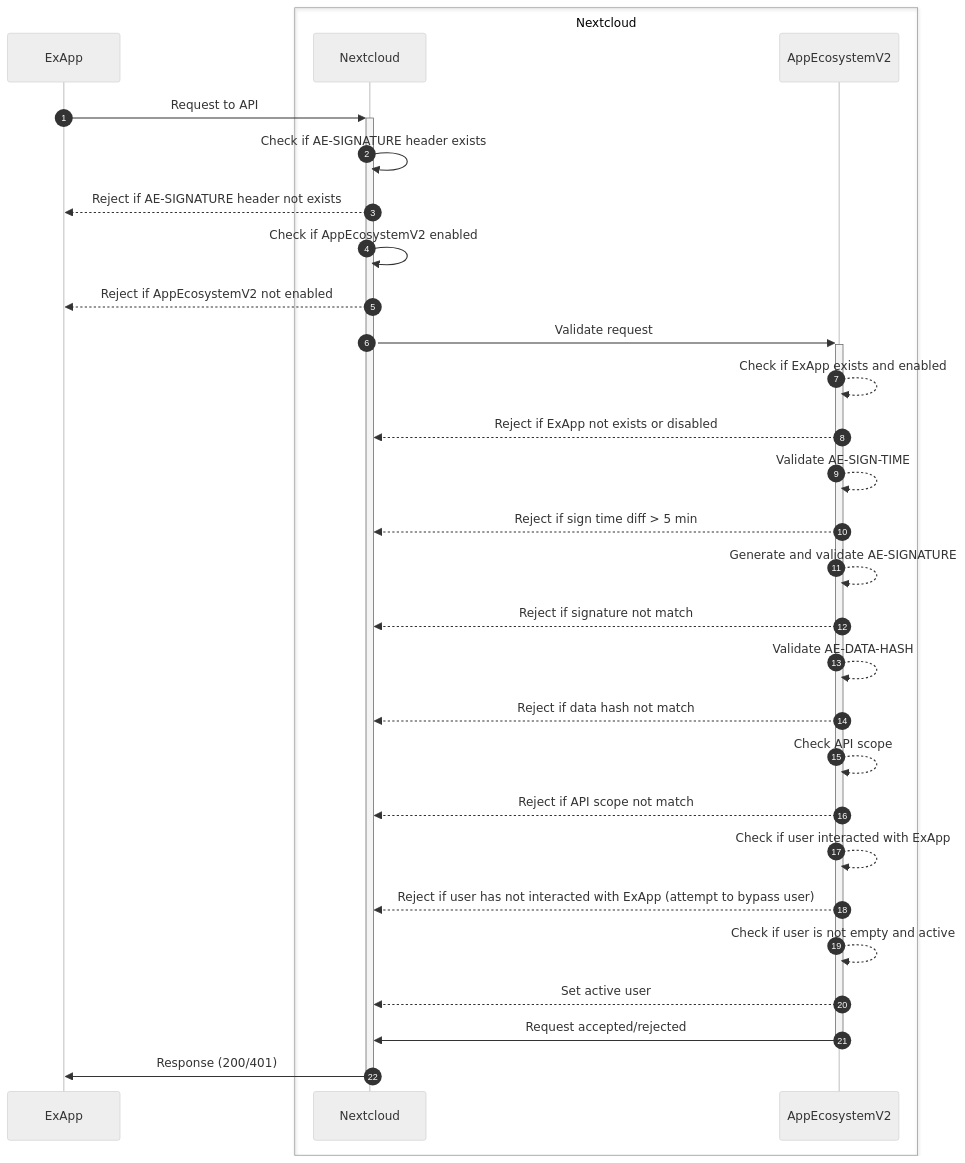
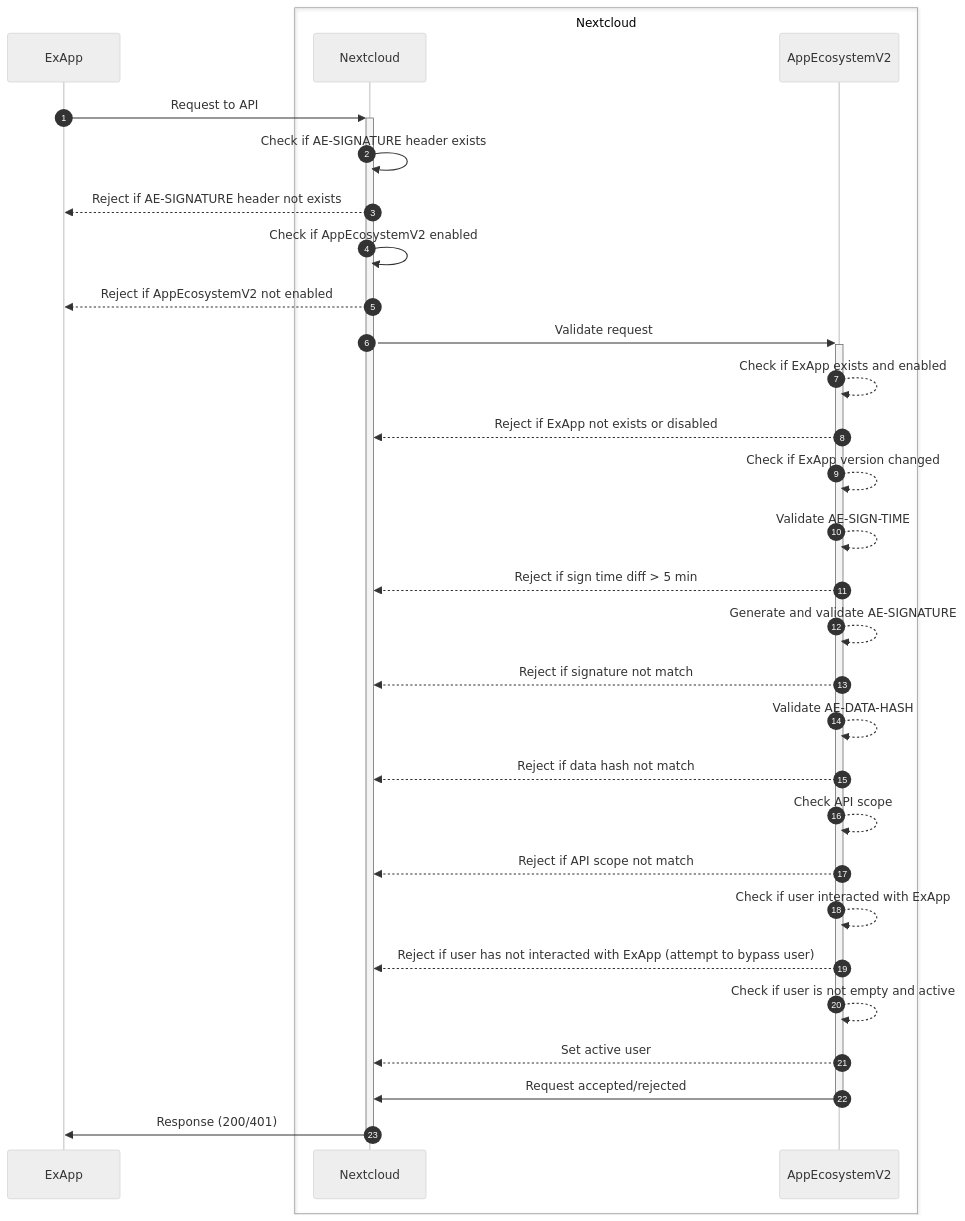
Before and after one commit to nextcloud/app_api: the second of 2 diagrams in docs/authentication.rst, drawn with Mermaid (neutral theme). The commit also changed 2 other files, not shown here.

Commit message:
ExApp version check draft

```diff
--- a/docs/authentication.rst
+++ b/docs/authentication.rst
@@ -84,32 +84,33 @@
 .. mermaid::
 	:zoom:
 
 	sequenceDiagram
 		autonumber
 		participant ExApp
 		box Nextcloud
 			participant Nextcloud
 			participant AppEcosystemV2
 		end
 		ExApp->>+Nextcloud: Request to API
 		Nextcloud->>Nextcloud: Check if AE-SIGNATURE header exists
 		Nextcloud-->>ExApp: Reject if AE-SIGNATURE header not exists
 		Nextcloud->>Nextcloud: Check if AppEcosystemV2 enabled
 		Nextcloud-->>ExApp: Reject if AppEcosystemV2 not enabled
 		Nextcloud->>+AppEcosystemV2: Validate request
 		AppEcosystemV2-->>AppEcosystemV2: Check if ExApp exists and enabled
 		AppEcosystemV2-->>Nextcloud: Reject if ExApp not exists or disabled
+		AppEcosystemV2-->>AppEcosystemV2: Check if ExApp version changed
 		AppEcosystemV2-->>AppEcosystemV2: Validate AE-SIGN-TIME
 		AppEcosystemV2-->>Nextcloud: Reject if sign time diff > 5 min
 		AppEcosystemV2-->>AppEcosystemV2: Generate and validate AE-SIGNATURE
 		AppEcosystemV2-->>Nextcloud: Reject if signature not match
 		AppEcosystemV2-->>AppEcosystemV2: Validate AE-DATA-HASH
 		AppEcosystemV2-->>Nextcloud: Reject if data hash not match
 		AppEcosystemV2-->>AppEcosystemV2: Check API scope
 		AppEcosystemV2-->>Nextcloud: Reject if API scope not match
 		AppEcosystemV2-->>AppEcosystemV2: Check if user interacted with ExApp
 		AppEcosystemV2-->>Nextcloud: Reject if user has not interacted with ExApp (attempt to bypass user)
 		AppEcosystemV2-->>AppEcosystemV2: Check if user is not empty and active
 		AppEcosystemV2-->>Nextcloud: Set active user
 		AppEcosystemV2->>-Nextcloud: Request accepted/rejected
 		Nextcloud->>-ExApp: Response (200/401)
```
